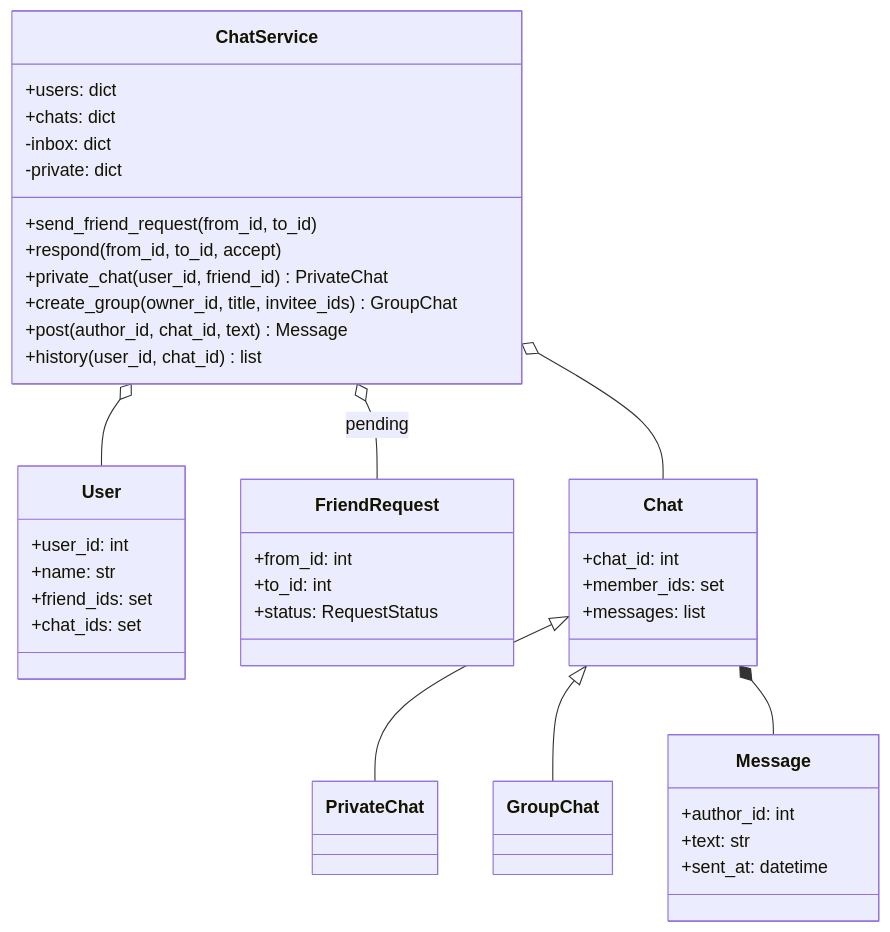
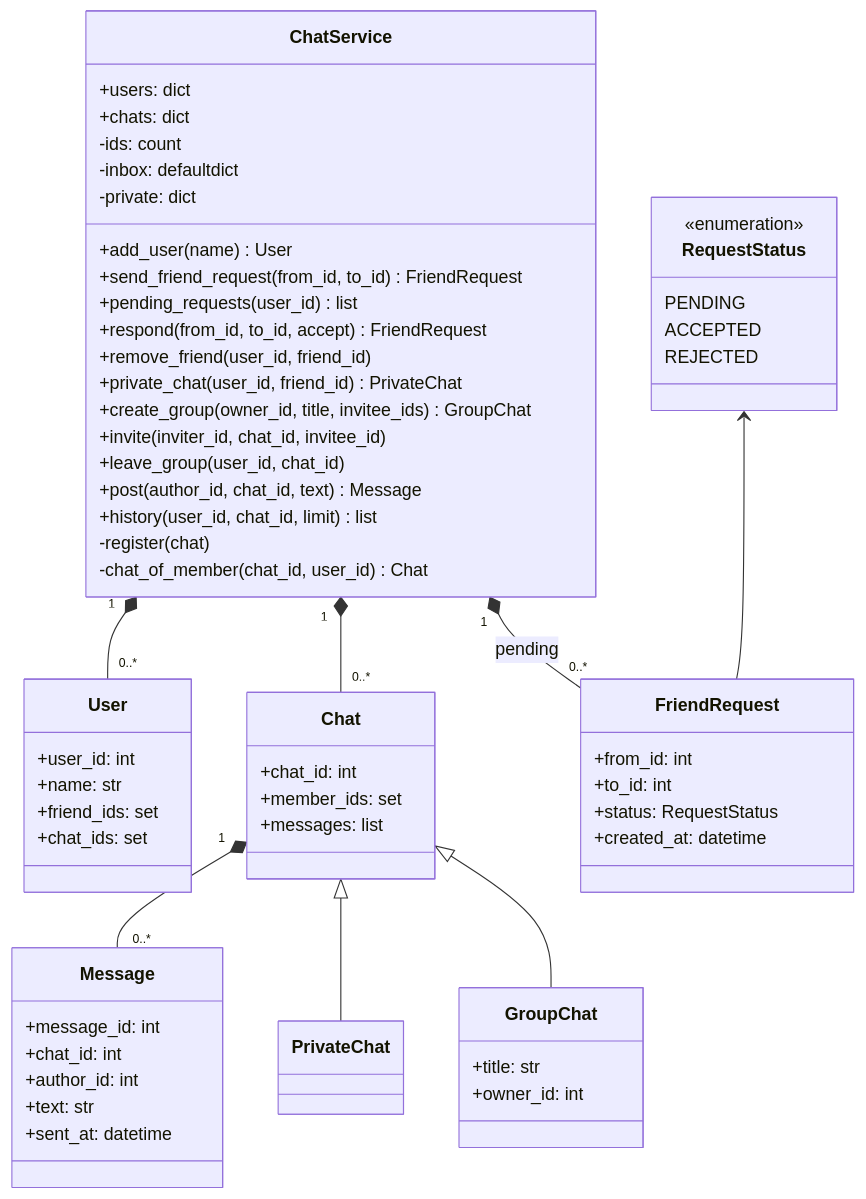
Before and after one commit to butyavk/system-design: the diagram in src/content/docs/ood/online-chat.mdx, drawn with Mermaid. The commit also changed 144 other files, not shown here.

````diff
--- a/src/content/docs/ood/online-chat.mdx
+++ b/src/content/docs/ood/online-chat.mdx
@@ -42,42 +42,64 @@
 ```mermaid
 classDiagram
   class ChatService {
     +users: dict
     +chats: dict
-    -inbox: dict
+    -ids: count
+    -inbox: defaultdict
     -private: dict
-    +send_friend_request(from_id, to_id)
-    +respond(from_id, to_id, accept)
+    +add_user(name) User
+    +send_friend_request(from_id, to_id) FriendRequest
+    +pending_requests(user_id) list
+    +respond(from_id, to_id, accept) FriendRequest
+    +remove_friend(user_id, friend_id)
     +private_chat(user_id, friend_id) PrivateChat
     +create_group(owner_id, title, invitee_ids) GroupChat
+    +invite(inviter_id, chat_id, invitee_id)
+    +leave_group(user_id, chat_id)
     +post(author_id, chat_id, text) Message
-    +history(user_id, chat_id) list
+    +history(user_id, chat_id, limit) list
+    -register(chat)
+    -chat_of_member(chat_id, user_id) Chat
   }
   class User {
     +user_id: int
     +name: str
     +friend_ids: set
     +chat_ids: set
   }
   class FriendRequest {
     +from_id: int
     +to_id: int
     +status: RequestStatus
+    +created_at: datetime
+  }
+  class RequestStatus {
+    <<enumeration>>
+    PENDING
+    ACCEPTED
+    REJECTED
   }
   class Chat {
     +chat_id: int
     +member_ids: set
     +messages: list
   }
+  class GroupChat {
+    +title: str
+    +owner_id: int
+  }
   class Message {
+    +message_id: int
+    +chat_id: int
     +author_id: int
     +text: str
     +sent_at: datetime
   }
-  ChatService o-- User
-  ChatService o-- Chat
-  ChatService o-- FriendRequest : pending
+  ChatService "1" *-- "0..*" User
+  ChatService "1" *-- "0..*" Chat
+  ChatService "1" *-- "0..*" FriendRequest : pending
+  RequestStatus <-- FriendRequest
+  Chat "1" *-- "0..*" Message
   Chat <|-- PrivateChat
   Chat <|-- GroupChat
-  Chat *-- Message
 ```
````
